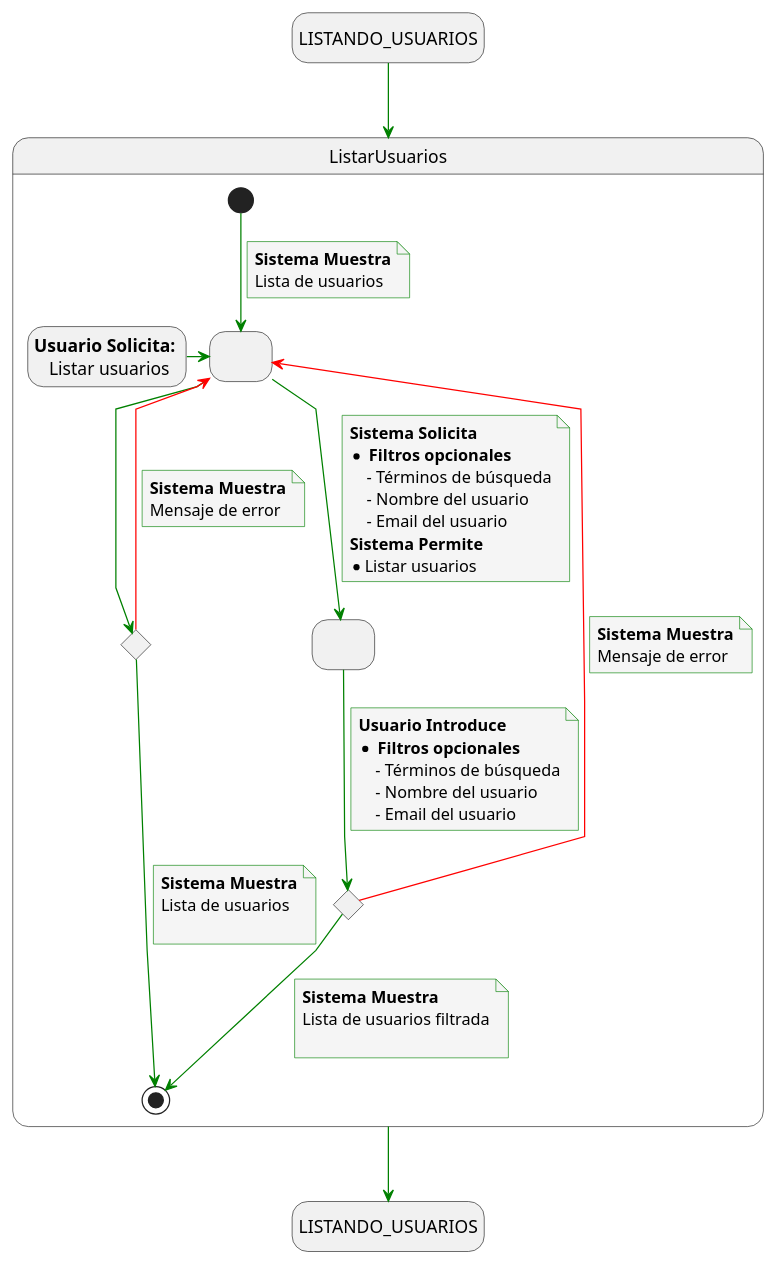
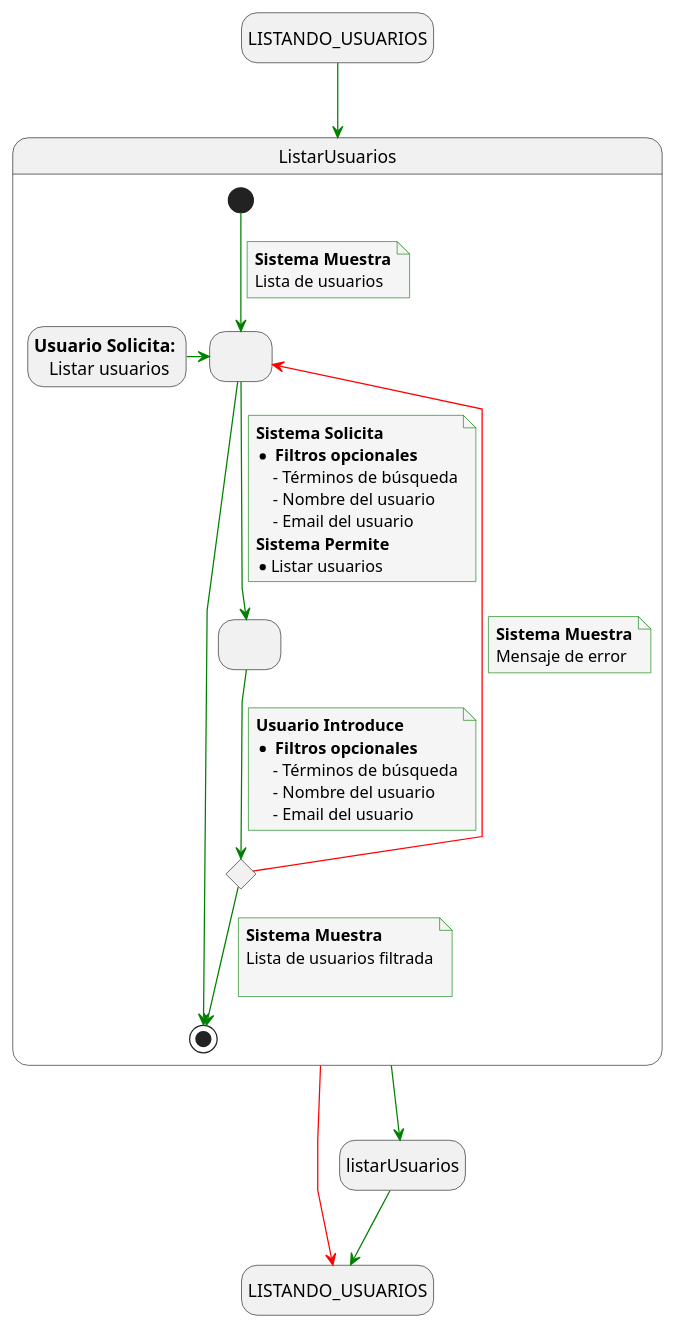
The diagram in docs/casosDeUso/detalladoCasosDeUso/detalladoUsuarios/detalladoListarUsuarios.puml (mmasias/24-25-IdSw1-SDR), drawn with PlantUML before and after one commit. The commit also changed 1 other file, not shown here.

Commit message:
feat: update user listing diagram to include error handling and response flow

```diff
--- a/docs/casosDeUso/detalladoCasosDeUso/detalladoUsuarios/detalladoListarUsuarios.puml
+++ b/docs/casosDeUso/detalladoCasosDeUso/detalladoUsuarios/detalladoListarUsuarios.puml
@@ -1,79 +1,70 @@
 @startuml listar_usuarios
 skinparam {
     NoteBackgroundColor #whiteSmoke
     ArrowColor #green
     NoteBorderColor #green
     linetype polyline
 }
 
 hide empty description
 
 state startState as "LISTANDO_USUARIOS"
 state endState as "LISTANDO_USUARIOS"
 
 startState --> ListarUsuarios
 
-ListarUsuarios --> endState
+ListarUsuarios --> listarUsuarios
+listarUsuarios --> endState
+
+ListarUsuarios -[#red]-> endState
 
 state ListarUsuarios {
     state solicitudFiltros as " "
     state envioFiltros as " "
     state revisionFiltrosEnviados <<choice>>
-    state revisionListaUsuarios <<choice>>
     state usuarioSolicita as "<b>Usuario Solicita:</b> \n Listar usuarios"
 
     usuarioSolicita -> solicitudFiltros
     [*] --> solicitudFiltros
     note on link
         <b>Sistema Muestra</b>
         Lista de usuarios
     end note
 
-    solicitudFiltros -r-> revisionListaUsuarios
-    revisionListaUsuarios -[#red]-> solicitudFiltros
-    note on link
-        <b>Sistema Muestra</b>
-        Mensaje de error
-    end note
+    solicitudFiltros -r-> [*]
     
-    revisionListaUsuarios --> [*]
-    note on link
-        <b>Sistema Muestra</b>
-        Lista de usuarios
-
-    end note
 
     solicitudFiltros --> envioFiltros
     note on link
         <b>Sistema Solicita</b>
         * <b> Filtros opcionales </b>
             - Términos de búsqueda
             - Nombre del usuario
             - Email del usuario
         <b>Sistema Permite</b>
         * Listar usuarios
     end note
 
     envioFiltros --> revisionFiltrosEnviados
     note on link
         <b>Usuario Introduce</b>
         * <b> Filtros opcionales </b>
             - Términos de búsqueda
             - Nombre del usuario
             - Email del usuario
     end note
 
     revisionFiltrosEnviados -[#red]-> solicitudFiltros
     note on link
         <b>Sistema Muestra</b>
         Mensaje de error
     end note
 
     revisionFiltrosEnviados --> [*]
     note on link
         <b>Sistema Muestra</b>
         Lista de usuarios filtrada
 
     end note
 }
 @enduml
```
